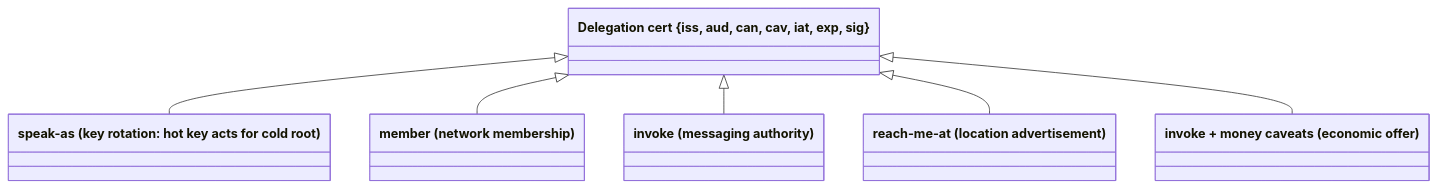
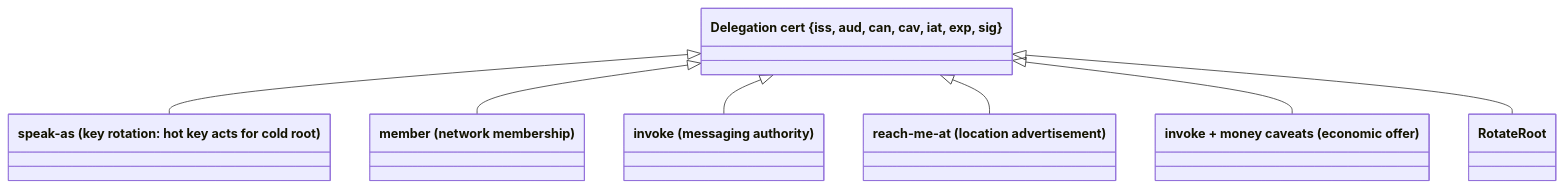
Before and after one commit to marnyg/talos-config: the first of 3 diagrams in protocol/docs/desired-state/domain-model.md, drawn with Mermaid. The commit also changed other lines of this file and 17 other files, not shown here.

````diff
--- a/protocol/docs/desired-state/domain-model.md
+++ b/protocol/docs/desired-state/domain-model.md
@@ -52,14 +52,15 @@
 ```mermaid
 classDiagram
     class Cert["Delegation cert {iss, aud, can, cav, iat, exp, sig}"]
     class SpeakAs["speak-as (key rotation: hot key acts for cold root)"]
     class Member["member (network membership)"]
     class Invoke["invoke (messaging authority)"]
     class ReachMeAt["reach-me-at (location advertisement)"]
     class Offer["invoke + money caveats (economic offer)"]
     Cert <|-- SpeakAs
     Cert <|-- Member
     Cert <|-- Invoke
     Cert <|-- ReachMeAt
     Cert <|-- Offer
+    Cert <|-- RotateRoot
 ```
````
